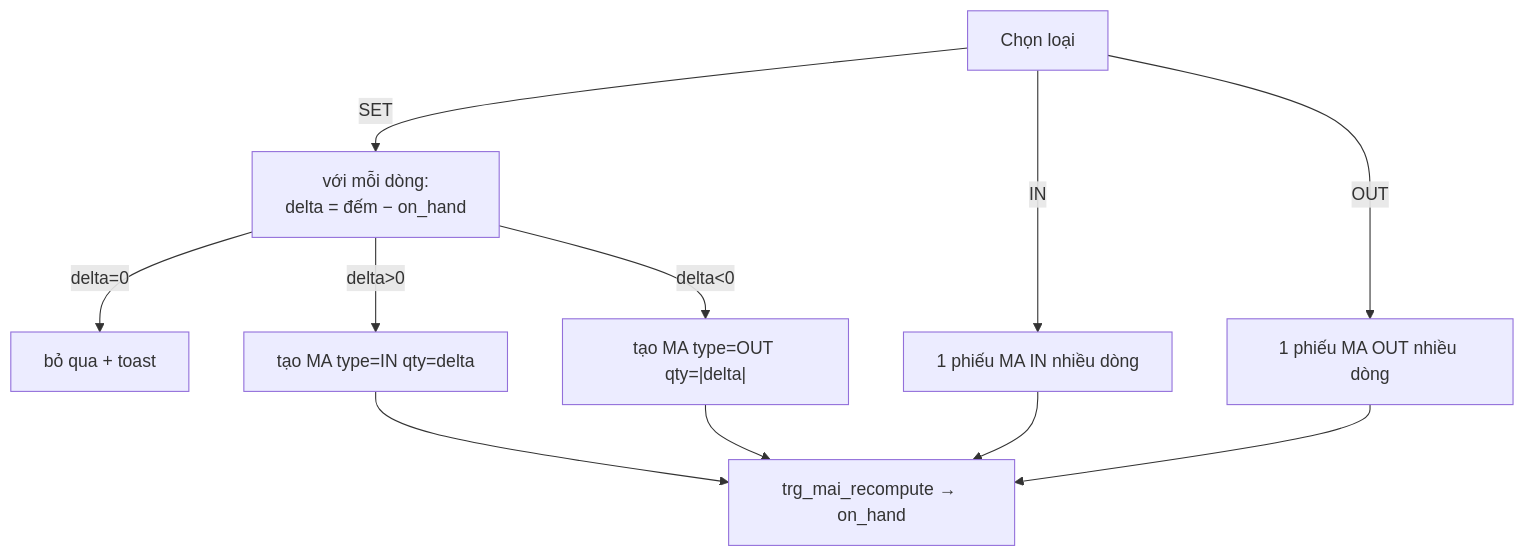
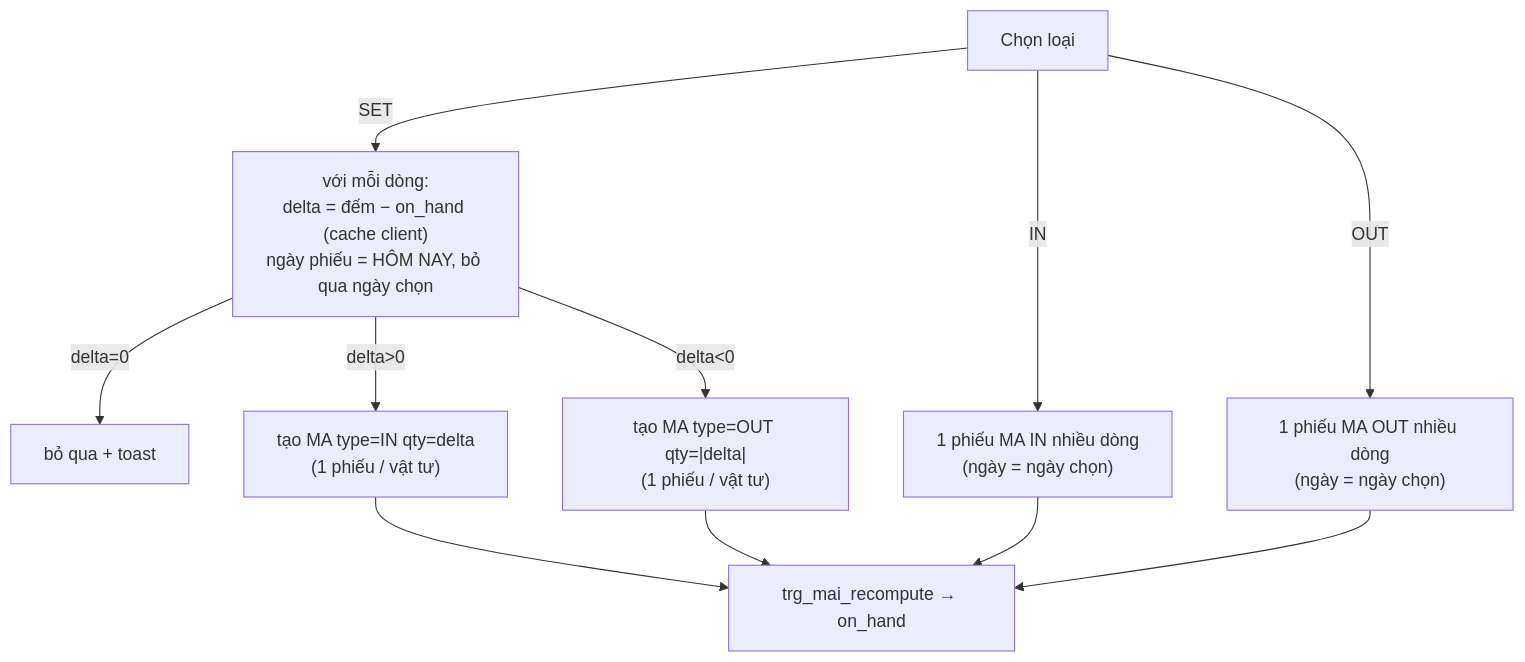
Before and after one commit to zxGreenxz/whiteboard-ihomecrm: the fourth of 4 diagrams in docs/he-thong/09-kho-vat-tu.md, drawn with Mermaid. The commit also changed other lines of this file and 17 other files, not shown here.

````diff
--- a/docs/he-thong/09-kho-vat-tu.md
+++ b/docs/he-thong/09-kho-vat-tu.md
@@ -376,13 +446,13 @@
 ```mermaid
 flowchart TD
-  S["Chọn loại"] -->|SET| SET["với mỗi dòng:<br/>delta = đếm − on_hand"]
+  S["Chọn loại"] -->|SET| SET["với mỗi dòng:<br/>delta = đếm − on_hand (cache client)<br/>ngày phiếu = HÔM NAY, bỏ qua ngày chọn"]
   SET -->|delta=0| skip["bỏ qua + toast"]
-  SET -->|delta>0| in1["tạo MA type=IN qty=delta"]
-  SET -->|delta<0| out1["tạo MA type=OUT qty=|delta|"]
-  S -->|IN| inN["1 phiếu MA IN nhiều dòng"]
-  S -->|OUT| outN["1 phiếu MA OUT nhiều dòng"]
+  SET -->|delta>0| in1["tạo MA type=IN qty=delta<br/>(1 phiếu / vật tư)"]
+  SET -->|delta<0| out1["tạo MA type=OUT qty=|delta|<br/>(1 phiếu / vật tư)"]
+  S -->|IN| inN["1 phiếu MA IN nhiều dòng<br/>(ngày = ngày chọn)"]
+  S -->|OUT| outN["1 phiếu MA OUT nhiều dòng<br/>(ngày = ngày chọn)"]
   in1 --> rec["trg_mai_recompute → on_hand"]
   out1 --> rec
   inN --> rec
   outN --> rec
 ```
````
